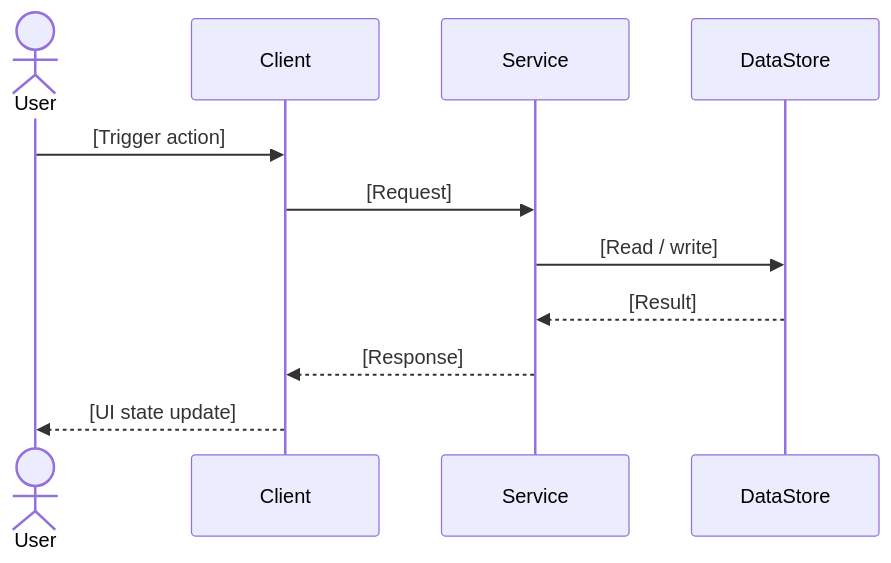
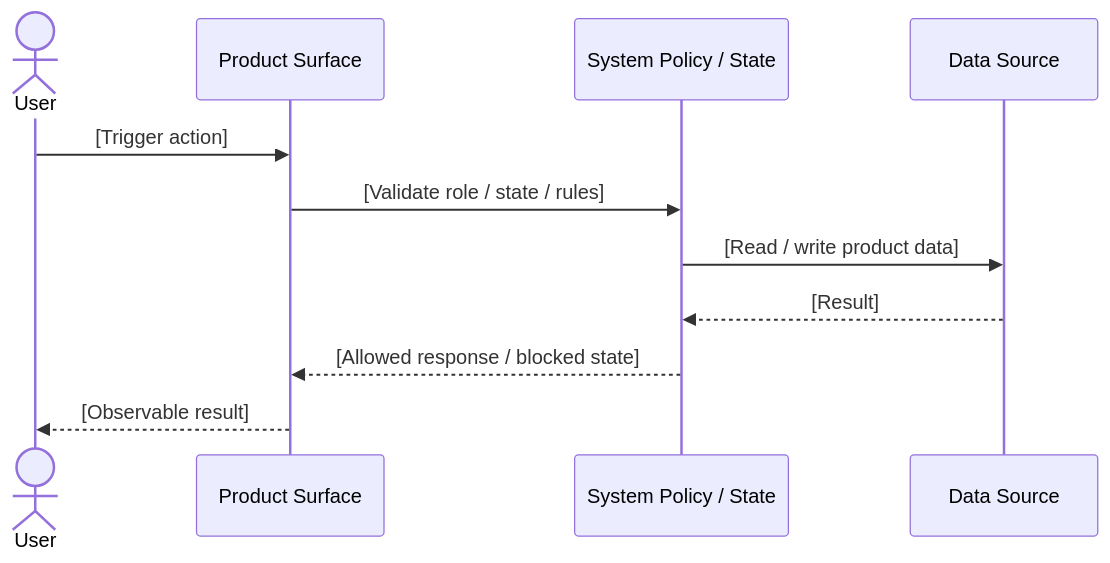
The first of 2 diagrams in .specify/templates/spec-template.md (singyichen/label-suite), drawn with Mermaid before and after one commit. The commit also changed other lines of this file and 17 other files, not shown here.

First line of the commit message:
docs: add execution flow and progress tracking to plan template; sync spec templates and specs

````diff
--- a/.specify/templates/spec-template.md
+++ b/.specify/templates/spec-template.md
@@ -26,14 +51,14 @@
 ```mermaid
 sequenceDiagram
     actor User
-    participant Client
-    participant Service
-    participant DataStore
+    participant ProductSurface as Product Surface
+    participant SystemPolicy as System Policy / State
+    participant DataSource as Data Source
 
-    User->>Client: [Trigger action]
-    Client->>Service: [Request]
-    Service->>DataStore: [Read / write]
-    DataStore-->>Service: [Result]
-    Service-->>Client: [Response]
-    Client-->>User: [UI state update]
+    User->>ProductSurface: [Trigger action]
+    ProductSurface->>SystemPolicy: [Validate role / state / rules]
+    SystemPolicy->>DataSource: [Read / write product data]
+    DataSource-->>SystemPolicy: [Result]
+    SystemPolicy-->>ProductSurface: [Allowed response / blocked state]
+    ProductSurface-->>User: [Observable result]
 ```
````
